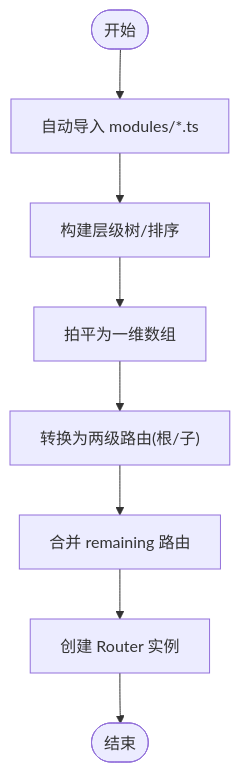
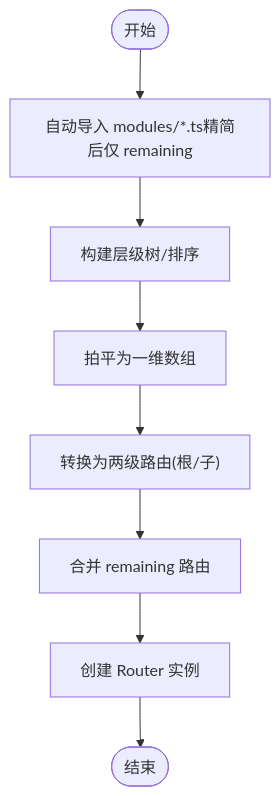
One commit to taoweidong/Hello-FastApi changed the third of 9 diagrams in .qoder/repowiki/zh/content/前端架构设计/路由系统.md. Above: the diagram before and after it, drawn with Mermaid. The commit also changed other lines of this file and 9 other files, not shown here.

````diff
--- a/.qoder/repowiki/zh/content/前端架构设计/路由系统.md
+++ b/.qoder/repowiki/zh/content/前端架构设计/路由系统.md
@@ -131,10 +129,10 @@
 ```mermaid
 flowchart TD
-Start(["开始"]) --> LoadModules["自动导入 modules/*.ts"]
+Start(["开始"]) --> LoadModules["自动导入 modules/*.ts精简后仅 remaining"]
 LoadModules --> BuildTree["构建层级树/排序"]
 BuildTree --> Flatten["拍平为一维数组"]
 Flatten --> TwoStage["转换为两级路由(根/子)"]
 TwoStage --> MergeRemaining["合并 remaining 路由"]
 MergeRemaining --> CreateRouter["创建 Router 实例"]
 CreateRouter --> End(["结束"])
 ```
````
